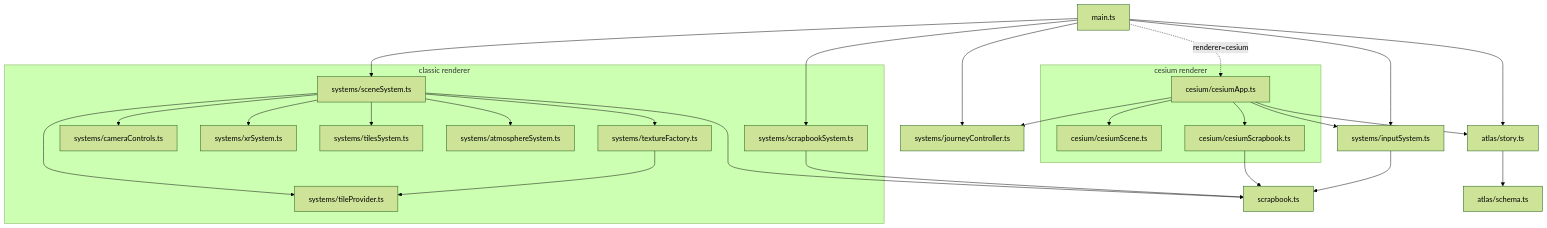
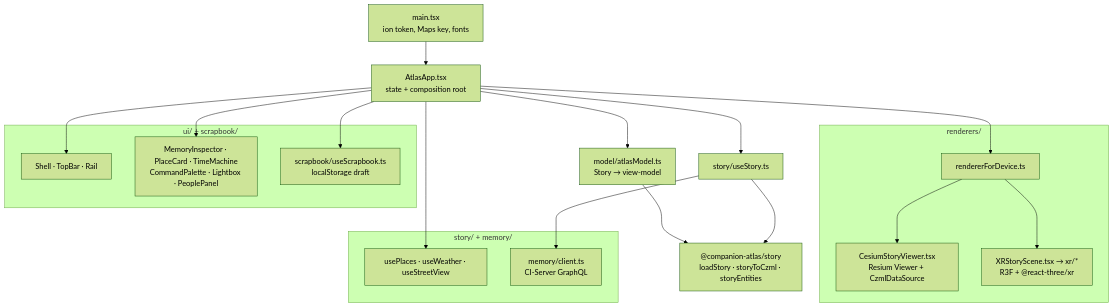
Before and after one commit to companionintelligence/CI-Spatial-Atlas: the second of 5 diagrams in docs/architecture.md, drawn with Mermaid (forest theme). The commit also changed other lines of this file and 152 other files, not shown here.

First line of the commit message:
Remove the vanilla-TS viewer; viewer-react is the only viewer

````diff
--- a/docs/architecture.md
+++ b/docs/architecture.md
@@ -50,50 +55,39 @@
 ```mermaid
 flowchart TD
-    main["main.ts"]
-    journeyController["systems/journeyController.ts"]
-    inputSystem["systems/inputSystem.ts"]
-    scrapbook["scrapbook.ts"]
-    atlasStory["atlas/story.ts"]
-    atlasSchema["atlas/schema.ts"]
+    main["main.tsx<br/>ion token, Maps key, fonts"]
+    app["AtlasApp.tsx<br/>state + composition root"]
+    story["story/useStory.ts"]
+    model["model/atlasModel.ts<br/>Story → view-model"]
+    pkg["@companion-atlas/story<br/>loadStory · storyToCzml · storyEntities"]
 
-    subgraph Classic["classic renderer"]
-        sceneSystem["systems/sceneSystem.ts"]
-        scrapbookSystem["systems/scrapbookSystem.ts"]
-        cameraControls["systems/cameraControls.ts"]
-        xrSystem["systems/xrSystem.ts"]
-        tilesSystem["systems/tilesSystem.ts"]
-        atmosphereSystem["systems/atmosphereSystem.ts"]
-        textureFactory["systems/textureFactory.ts"]
-        tileProvider["systems/tileProvider.ts"]
+    subgraph Sources["story/ + memory/"]
+        places["usePlaces · useWeather · useStreetView"]
+        client["memory/client.ts<br/>CI-Server GraphQL"]
     end
 
-    subgraph CesiumMode["cesium renderer"]
-        cesiumApp["cesium/cesiumApp.ts"]
-        cesiumScene["cesium/cesiumScene.ts"]
-        cesiumScrapbook["cesium/cesiumScrapbook.ts"]
+    subgraph Renderers["renderers/"]
+        pick["rendererForDevice.ts"]
+        cesium["CesiumStoryViewer.tsx<br/>Resium Viewer + CzmlDataSource"]
+        xr["XRStoryScene.tsx → xr/*<br/>R3F + @react-three/xr"]
     end
 
-    main --> sceneSystem
-    main --> scrapbookSystem
-    main --> inputSystem
-    main --> atlasStory
-    main --> journeyController
-    main -. "renderer=cesium" .-> cesiumApp
-    cesiumApp --> cesiumScene
-    cesiumApp --> cesiumScrapbook
-    cesiumApp --> inputSystem
-    cesiumApp --> journeyController
-    cesiumApp --> atlasStory
-    cesiumScrapbook --> scrapbook
-    sceneSystem --> cameraControls
-    sceneSystem --> xrSystem
-    sceneSystem --> tilesSystem
-    sceneSystem --> atmosphereSystem
-    sceneSystem --> textureFactory
-    sceneSystem --> tileProvider
-    sceneSystem --> scrapbook
-    scrapbookSystem --> scrapbook
-    inputSystem --> scrapbook
-    textureFactory --> tileProvider
-    atlasStory --> atlasSchema
+    subgraph UI["ui/ + scrapbook/"]
+        shell["Shell · TopBar · Rail"]
+        panels["MemoryInspector · PlaceCard · TimeMachine<br/>CommandPalette · Lightbox · PeoplePanel"]
+        book["scrapbook/useScrapbook.ts<br/>localStorage draft"]
+    end
+
+    main --> app
+    app --> story
+    story --> pkg
+    story --> client
+    app --> model
+    model --> pkg
+    app --> places
+    app --> pick
+    pick --> cesium
+    pick --> xr
+    app --> shell
+    app --> panels
+    app --> book
 ```
````
